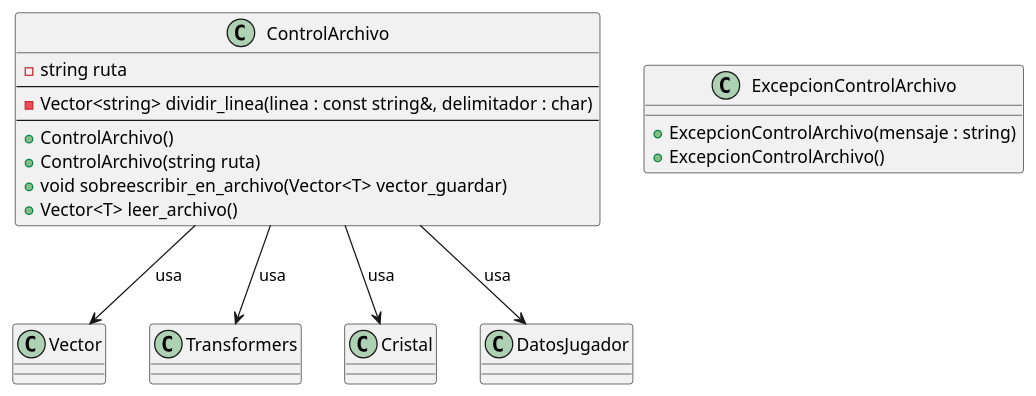
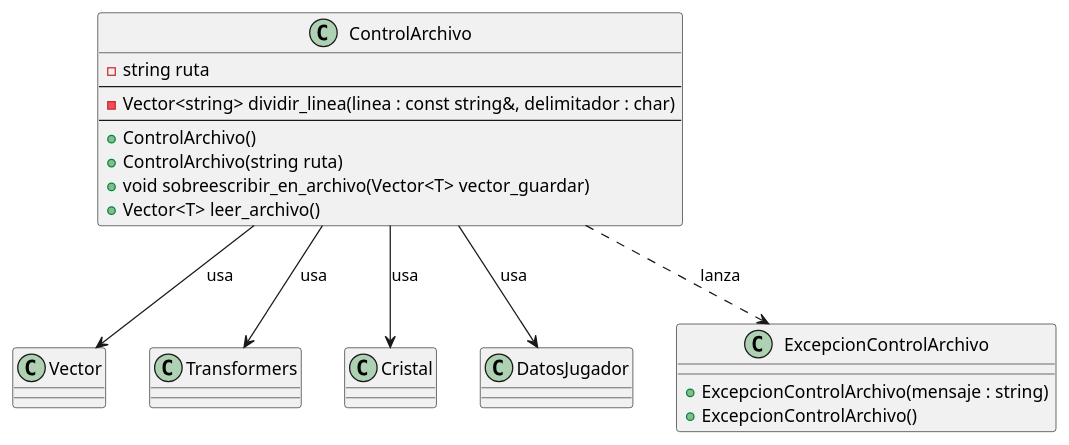
The diagram in Diagramas-UML/ControlArchivo.puml (guillsil/Transformers-Game), drawn with PlantUML before and after one commit. The commit also changed 3 other files, not shown here.

```diff
--- a/Diagramas-UML/ControlArchivo.puml
+++ b/Diagramas-UML/ControlArchivo.puml
@@ -1,30 +1,30 @@
 @startuml
 'https://plantuml.com/class-diagram
 class Vector
 class Transformers
 class Cristal
 class DatosJugador
 
 class ExcepcionControlArchivo {
     + ExcepcionControlArchivo(mensaje : string)
     + ExcepcionControlArchivo()
 }
 
 class ControlArchivo {
     - string ruta
     ---
     - Vector<string> dividir_linea(linea : const string&, delimitador : char)
     ---
     + ControlArchivo()
     + ControlArchivo(string ruta)
     + void sobreescribir_en_archivo(Vector<T> vector_guardar)
     + Vector<T> leer_archivo()
 }
 
 ' Relaciones
 ControlArchivo --> Vector : "usa"
 ControlArchivo --> Transformers : "usa"
 ControlArchivo --> Cristal : "usa"
 ControlArchivo --> DatosJugador : "usa"
-
+ControlArchivo ..> ExcepcionControlArchivo : "lanza"
 @enduml
```
